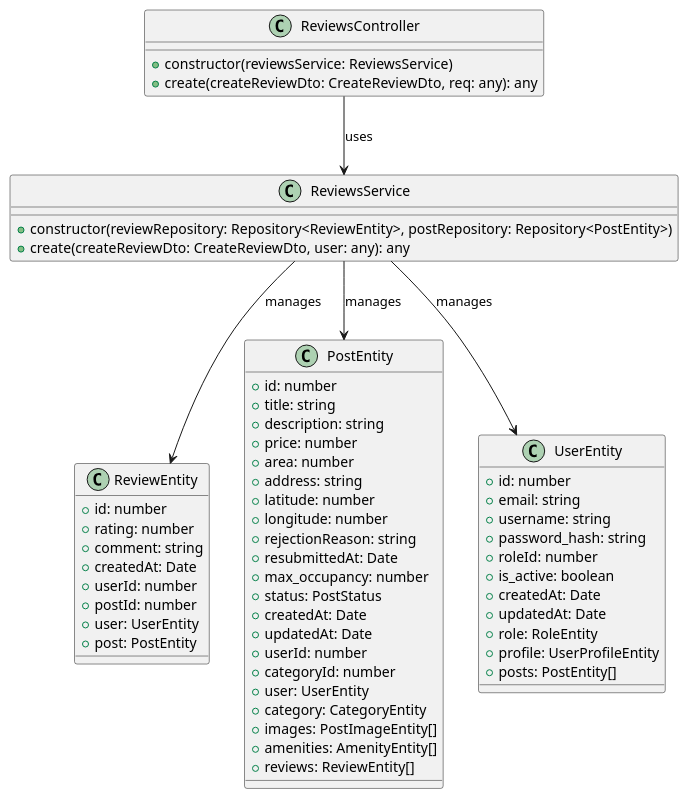
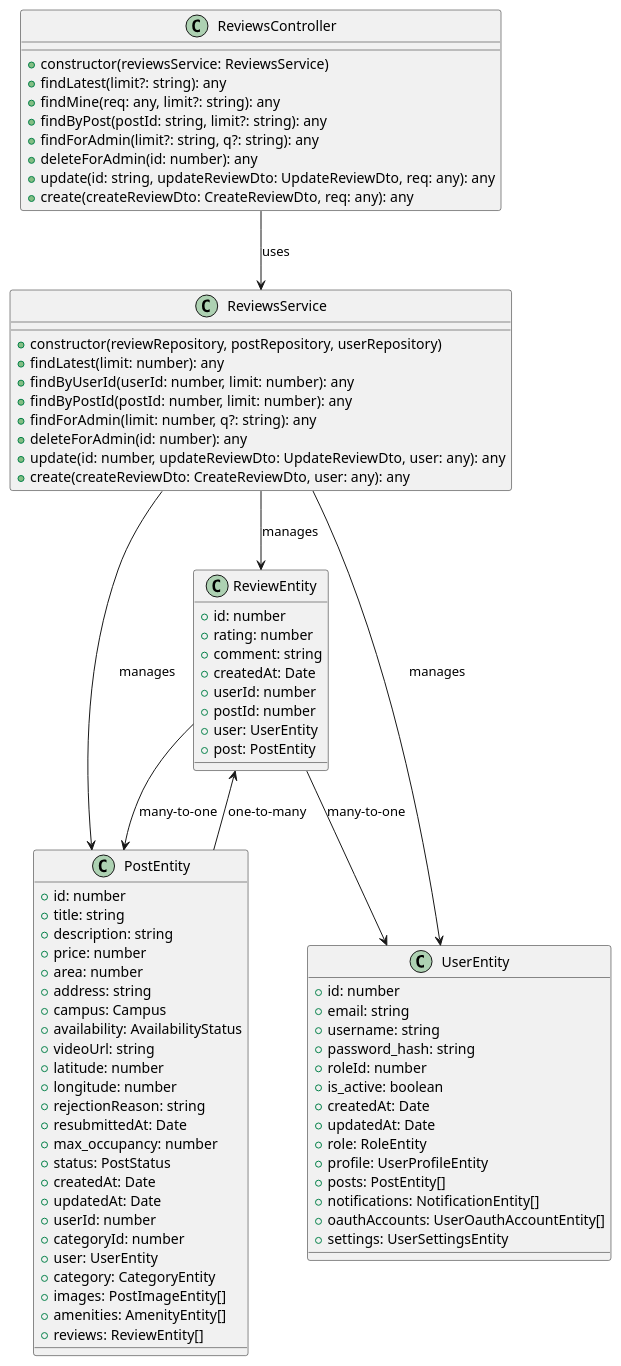
The diagram in reviews-controller-diagram.puml (YueTruong/VLURentingProject), drawn with PlantUML before and after one commit. The commit also changed other lines of this file and 17 other files, not shown here.

```diff
--- a/reviews-controller-diagram.puml
+++ b/reviews-controller-diagram.puml
@@ -1,68 +1,89 @@
 @startuml Reviews Controller Diagram
 
 class ReviewsController {
   +constructor(reviewsService: ReviewsService)
+  +findLatest(limit?: string): any
+  +findMine(req: any, limit?: string): any
+  +findByPost(postId: string, limit?: string): any
+  +findForAdmin(limit?: string, q?: string): any
+  +deleteForAdmin(id: number): any
+  +update(id: string, updateReviewDto: UpdateReviewDto, req: any): any
   +create(createReviewDto: CreateReviewDto, req: any): any
 }
 
 class ReviewsService {
-  +constructor(reviewRepository: Repository<ReviewEntity>, postRepository: Repository<PostEntity>)
+  +constructor(reviewRepository, postRepository, userRepository)
+  +findLatest(limit: number): any
+  +findByUserId(userId: number, limit: number): any
+  +findByPostId(postId: number, limit: number): any
+  +findForAdmin(limit: number, q?: string): any
+  +deleteForAdmin(id: number): any
+  +update(id: number, updateReviewDto: UpdateReviewDto, user: any): any
   +create(createReviewDto: CreateReviewDto, user: any): any
 }
 
 class ReviewEntity {
   +id: number
   +rating: number
   +comment: string
   +createdAt: Date
   +userId: number
   +postId: number
   +user: UserEntity
   +post: PostEntity
 }
 
 class PostEntity {
   +id: number
   +title: string
   +description: string
   +price: number
   +area: number
   +address: string
+  +campus: Campus
+  +availability: AvailabilityStatus
+  +videoUrl: string
   +latitude: number
   +longitude: number
   +rejectionReason: string
   +resubmittedAt: Date
   +max_occupancy: number
   +status: PostStatus
   +createdAt: Date
   +updatedAt: Date
   +userId: number
   +categoryId: number
   +user: UserEntity
   +category: CategoryEntity
   +images: PostImageEntity[]
   +amenities: AmenityEntity[]
   +reviews: ReviewEntity[]
 }
 
 class UserEntity {
   +id: number
   +email: string
   +username: string
   +password_hash: string
   +roleId: number
   +is_active: boolean
   +createdAt: Date
   +updatedAt: Date
   +role: RoleEntity
   +profile: UserProfileEntity
   +posts: PostEntity[]
+  +notifications: NotificationEntity[]
+  +oauthAccounts: UserOauthAccountEntity[]
+  +settings: UserSettingsEntity
 }
 
 ' Relationships
 ReviewsController --> ReviewsService : uses
 ReviewsService --> ReviewEntity : manages
 ReviewsService --> PostEntity : manages
 ReviewsService --> UserEntity : manages
+ReviewEntity --> UserEntity : many-to-one
+ReviewEntity --> PostEntity : many-to-one
+PostEntity --> ReviewEntity : one-to-many
 
 @enduml
```
